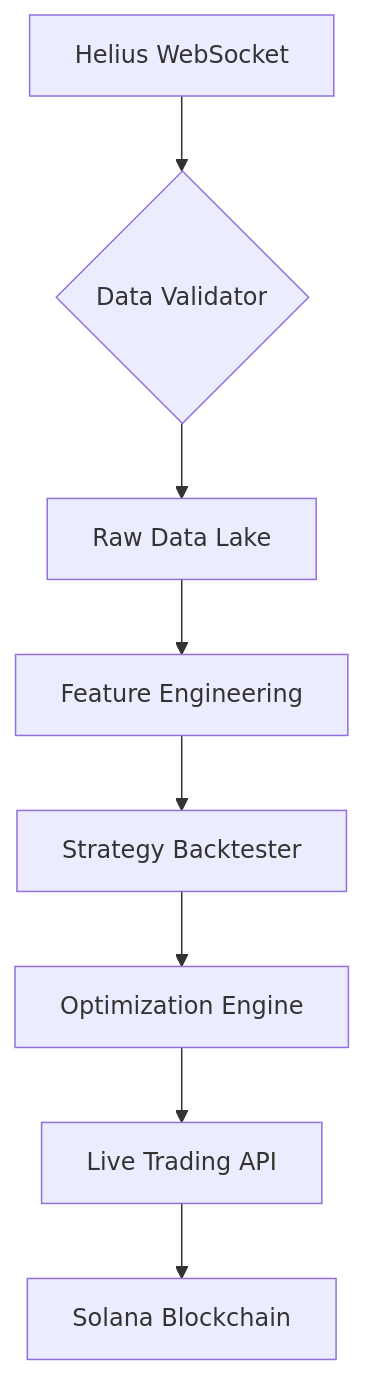
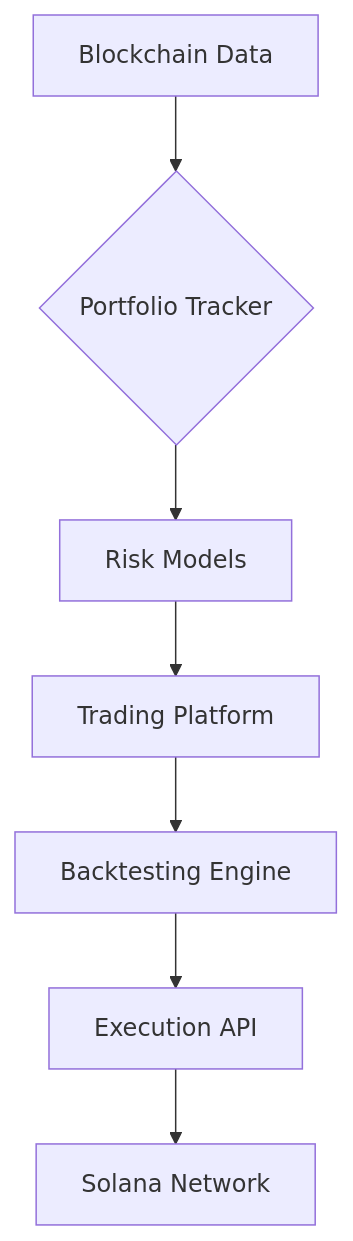
Before and after one commit to jadenfix/solanatools: the diagram in README.md, drawn with Mermaid. The commit also changed other lines of this file, not shown here.

````diff
--- a/README.md
+++ b/README.md
@@ -116,10 +108,9 @@
 ```mermaid
 graph TD
-    A[Helius WebSocket] --> B{Data Validator}
-    B --> C[Raw Data Lake]
-    C --> D[Feature Engineering]
-    D --> E[Strategy Backtester]
-    E --> F[Optimization Engine]
-    F --> G[Live Trading API]
-    G --> H[Solana Blockchain]
+    A[Blockchain Data] --> B{Portfolio Tracker}
+    B --> C[Risk Models]
+    C --> D[Trading Platform]
+    D --> E[Backtesting Engine]
+    E --> F[Execution API]
+    F --> G[Solana Network]
 ```
````
